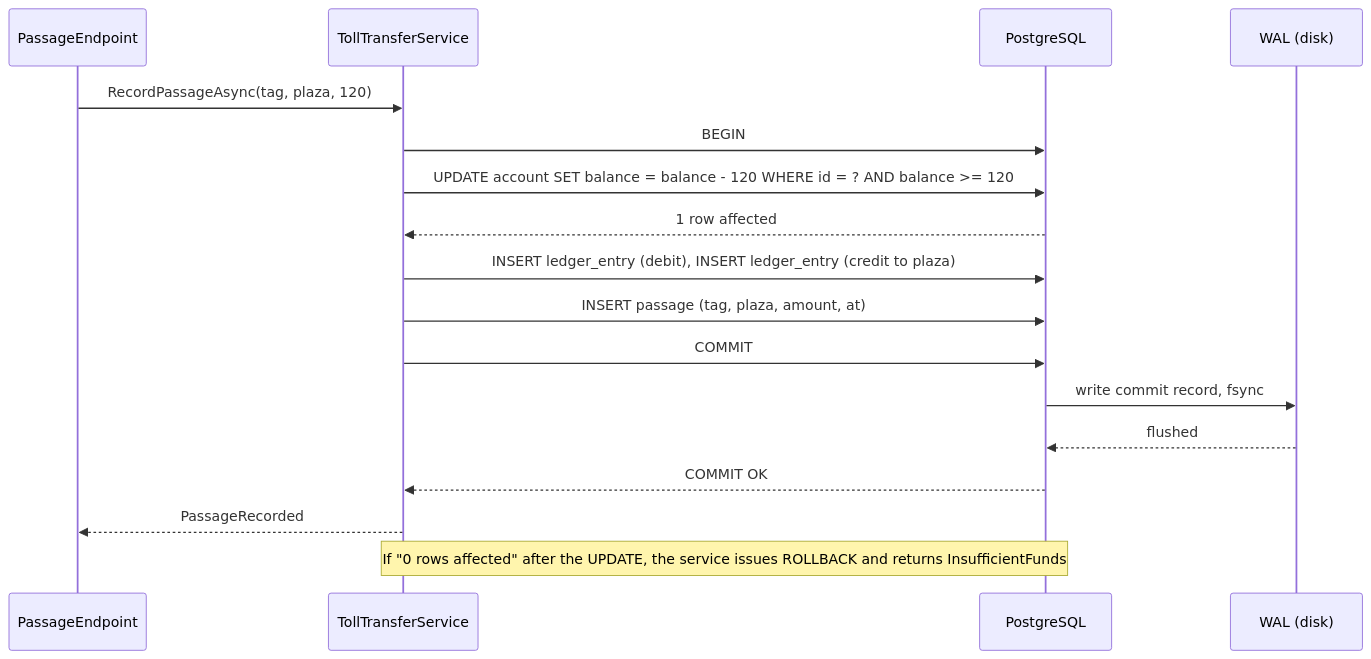
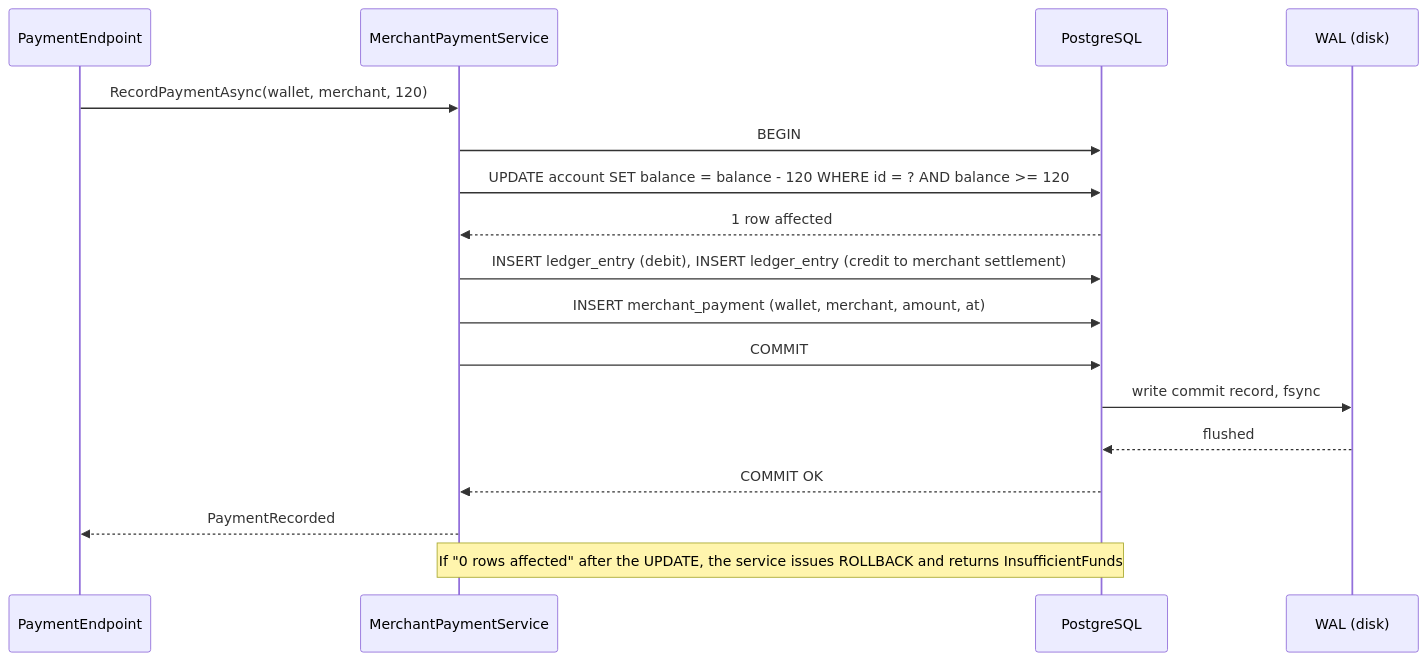
The second of 2 diagrams in content/lessons/m09/m09-transactions-acid.md (rizwi0786/system-design-lab), drawn with Mermaid before and after one commit. The commit also changed other lines of this file and 334 other files, not shown here.

````diff
--- a/content/lessons/m09/m09-transactions-acid.md
+++ b/content/lessons/m09/m09-transactions-acid.md
@@ -149,19 +149,19 @@
 ```mermaid
 sequenceDiagram
-    participant API as PassageEndpoint
-    participant S as TollTransferService
+    participant API as PaymentEndpoint
+    participant S as MerchantPaymentService
     participant DB as PostgreSQL
     participant WAL as WAL (disk)
-    API->>S: RecordPassageAsync(tag, plaza, 120)
+    API->>S: RecordPaymentAsync(wallet, merchant, 120)
     S->>DB: BEGIN
     S->>DB: UPDATE account SET balance = balance - 120 WHERE id = ? AND balance >= 120
     DB-->>S: 1 row affected
-    S->>DB: INSERT ledger_entry (debit), INSERT ledger_entry (credit to plaza)
-    S->>DB: INSERT passage (tag, plaza, amount, at)
+    S->>DB: INSERT ledger_entry (debit), INSERT ledger_entry (credit to merchant settlement)
+    S->>DB: INSERT merchant_payment (wallet, merchant, amount, at)
     S->>DB: COMMIT
     DB->>WAL: write commit record, fsync
     WAL-->>DB: flushed
     DB-->>S: COMMIT OK
-    S-->>API: PassageRecorded
+    S-->>API: PaymentRecorded
     Note over S,DB: If "0 rows affected" after the UPDATE, the service issues ROLLBACK and returns InsufficientFunds
 ```
````
